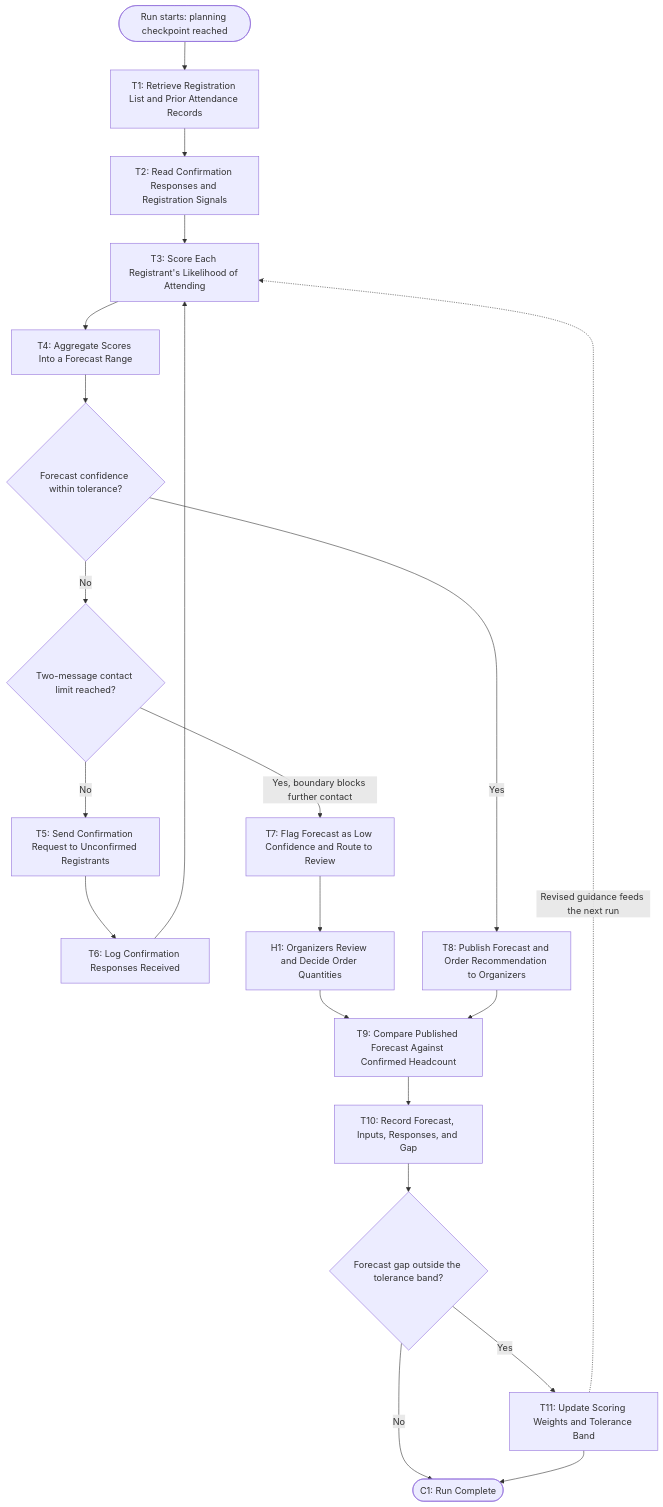
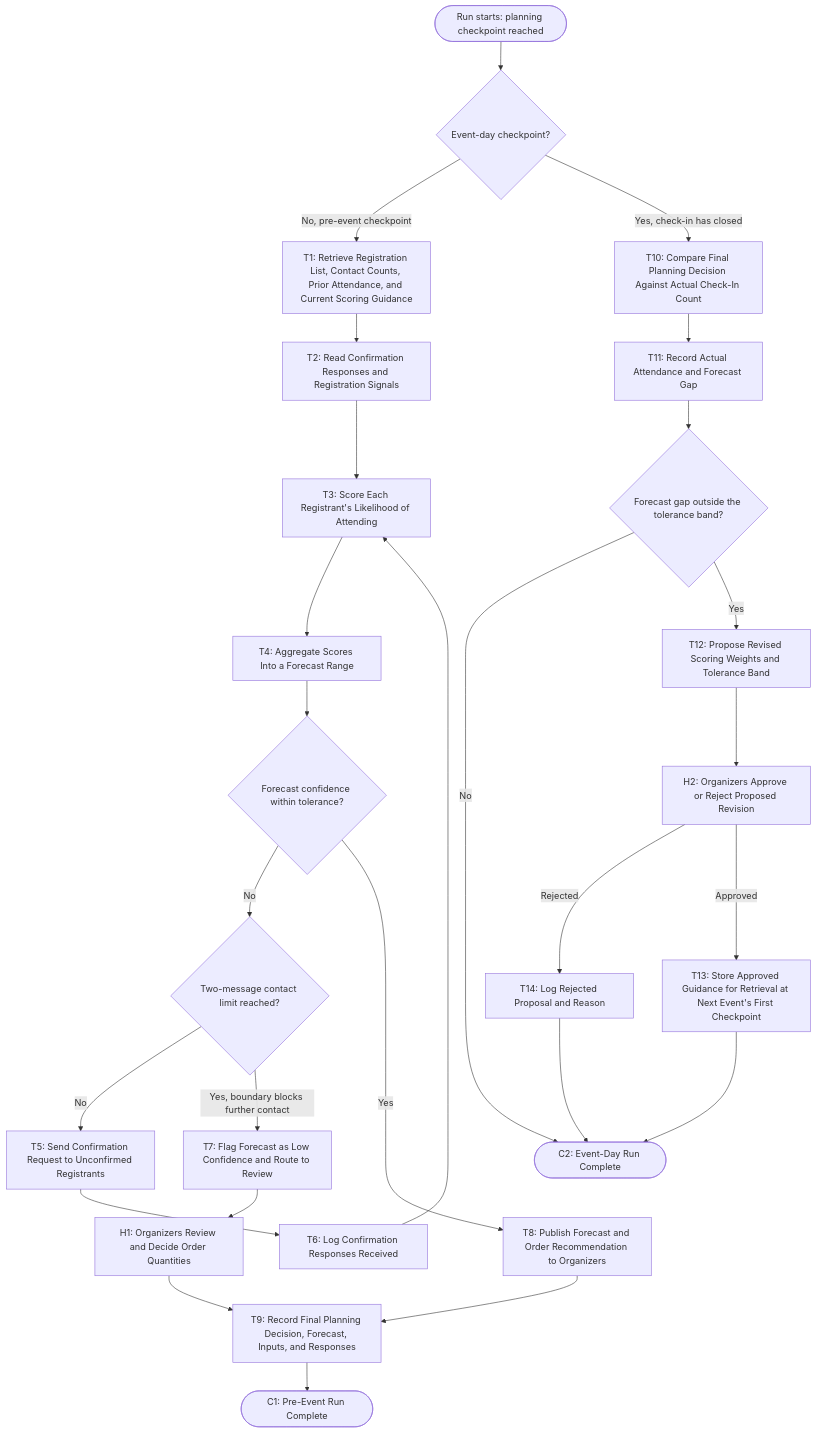
One commit to Aidan-S-1/BUS4498_InClass_Builds changed the diagram in my_first_agent/agent/workflow-of-tasks.md. Above: the diagram before and after it, drawn with Mermaid. The commit also changed other lines of this file, not shown here.

Commit message:
Revise workflow per Week 2 feedback: record final decision on both paths, evaluate against actual check-in, add review before weight changes

````diff
--- a/my_first_agent/agent/workflow-of-tasks.md
+++ b/my_first_agent/agent/workflow-of-tasks.md
@@ -23,23 +27,30 @@
 ```mermaid
 flowchart TD
-    S0([Run starts: planning checkpoint reached]) --> T1["T1: Retrieve Registration List and Prior Attendance Records"]
+    S0([Run starts: planning checkpoint reached]) --> D0{"Event-day checkpoint?"}
+    D0 -->|No, pre-event checkpoint| T1["T1: Retrieve Registration List, Contact Counts, Prior Attendance, and Current Scoring Guidance"]
     T1 --> T2["T2: Read Confirmation Responses and Registration Signals"]
     T2 --> T3["T3: Score Each Registrant's Likelihood of Attending"]
     T3 --> T4["T4: Aggregate Scores Into a Forecast Range"]
     T4 --> D1{"Forecast confidence within tolerance?"}
     D1 -->|No| D2{"Two-message contact limit reached?"}
     D2 -->|No| T5["T5: Send Confirmation Request to Unconfirmed Registrants"]
     T5 --> T6["T6: Log Confirmation Responses Received"]
     T6 --> T3
     D2 -->|Yes, boundary blocks further contact| T7["T7: Flag Forecast as Low Confidence and Route to Review"]
     T7 --> H1["H1: Organizers Review and Decide Order Quantities"]
     D1 -->|Yes| T8["T8: Publish Forecast and Order Recommendation to Organizers"]
-    H1 --> T9["T9: Compare Published Forecast Against Confirmed Headcount"]
+    H1 --> T9["T9: Record Final Planning Decision, Forecast, Inputs, and Responses"]
     T8 --> T9
-    T9 --> T10["T10: Record Forecast, Inputs, Responses, and Gap"]
-    T10 --> D3{"Forecast gap outside the tolerance band?"}
-    D3 -->|No| C1([C1: Run Complete])
-    D3 -->|Yes| T11["T11: Update Scoring Weights and Tolerance Band"]
-    T11 --> C1
-    T11 -. Revised guidance feeds the next run .-> T3
+    T9 --> C1([C1: Pre-Event Run Complete])
+
+    D0 -->|Yes, check-in has closed| T10["T10: Compare Final Planning Decision Against Actual Check-In Count"]
+    T10 --> T11["T11: Record Actual Attendance and Forecast Gap"]
+    T11 --> D3{"Forecast gap outside the tolerance band?"}
+    D3 -->|No| C2([C2: Event-Day Run Complete])
+    D3 -->|Yes| T12["T12: Propose Revised Scoring Weights and Tolerance Band"]
+    T12 --> H2["H2: Organizers Approve or Reject Proposed Revision"]
+    H2 -->|Rejected| T14["T14: Log Rejected Proposal and Reason"]
+    H2 -->|Approved| T13["T13: Store Approved Guidance for Retrieval at Next Event's First Checkpoint"]
+    T13 --> C2
+    T14 --> C2
 ```
````
